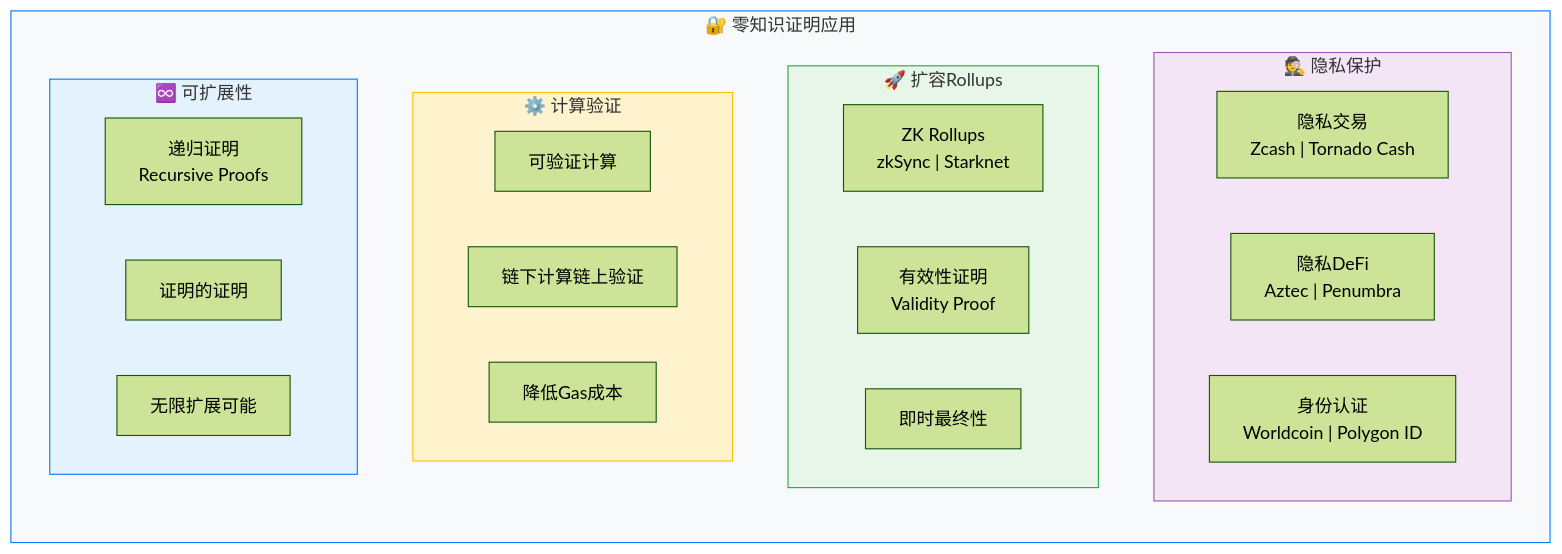
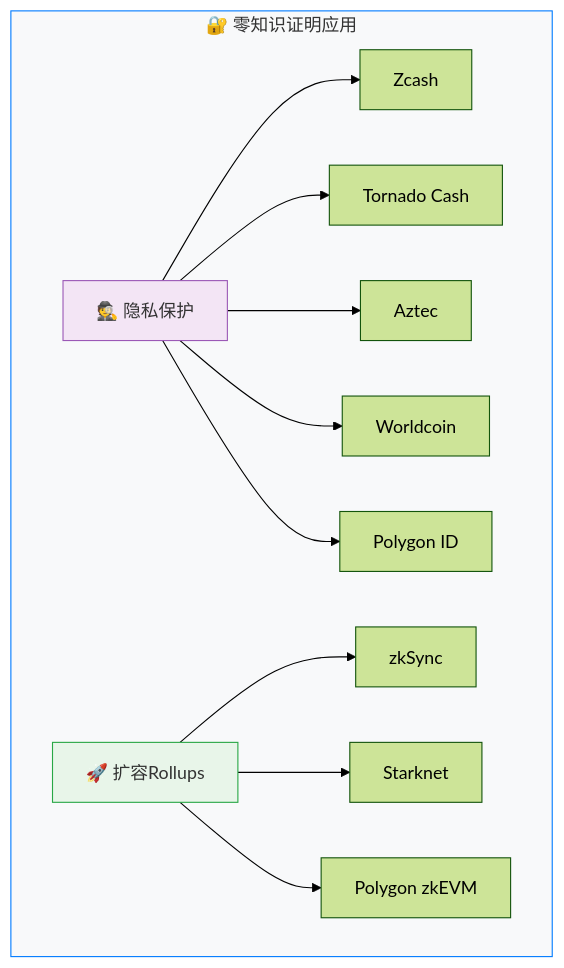
One commit to web3-wallet-org/web3-wallet-notes changed the second of 9 diagrams in docs/《精通以太坊》/第17章-零知识证明.md. Above: the diagram before and after it, drawn with Mermaid (forest theme). The commit also changed other lines of this file and 5 other files, not shown here.

````diff
--- a/docs/《精通以太坊》/第17章-零知识证明.md
+++ b/docs/《精通以太坊》/第17章-零知识证明.md
@@ -43,40 +41,30 @@
 ```mermaid
 graph TB
     subgraph ZKP_Apps["🔐 零知识证明应用"]
-        direction TB
+        Privacy["🕵️ 隐私保护"]
+        P1["Zcash"]
+        P2["Tornado Cash"]
+        P3["Aztec"]
+        P4["Worldcoin"]
+        P5["Polygon ID"]
         
-        subgraph Privacy["🕵️ 隐私保护"]
-            direction LR
-            P1["隐私交易<br/>Zcash | Tornado Cash"]
-            P2["隐私DeFi<br/>Aztec | Penumbra"]
-            P3["身份认证<br/>Worldcoin | Polygon ID"]
-        end
-        
-        subgraph Scaling["🚀 扩容Rollups"]
-            direction LR
-            S1["ZK Rollups<br/>zkSync | Starknet"]
-            S2["有效性证明<br/>Validity Proof"]
-            S3["即时最终性"]
-        end
-        
-        subgraph Computation["⚙️ 计算验证"]
-            direction LR
-            C1["可验证计算"]
-            C2["链下计算链上验证"]
-            C3["降低Gas成本"]
-        end
-        
-        subgraph Scalability["♾️ 可扩展性"]
-            direction LR
-            SC1["递归证明<br/>Recursive Proofs"]
-            SC2["证明的证明"]
-            SC3["无限扩展可能"]
-        end
+        Scaling["🚀 扩容Rollups"]
+        S1["zkSync"]
+        S2["Starknet"]
+        S3["Polygon zkEVM"]
     end
+    
+    Privacy --> P1
+    Privacy --> P2
+    Privacy --> P3
+    Privacy --> P4
+    Privacy --> P5
+    
+    Scaling --> S1
+    Scaling --> S2
+    Scaling --> S3
     
     style ZKP_Apps fill:#f8f9fa,stroke:#007bff,color:#333
     style Privacy fill:#f3e5f5,stroke:#9b59b6,color:#333
     style Scaling fill:#e8f5e9,stroke:#28a745,color:#333
-    style Computation fill:#fff3cd,stroke:#ffc107,color:#333
-    style Scalability fill:#e3f2fd,stroke:#007bff,color:#333
 ```
````
